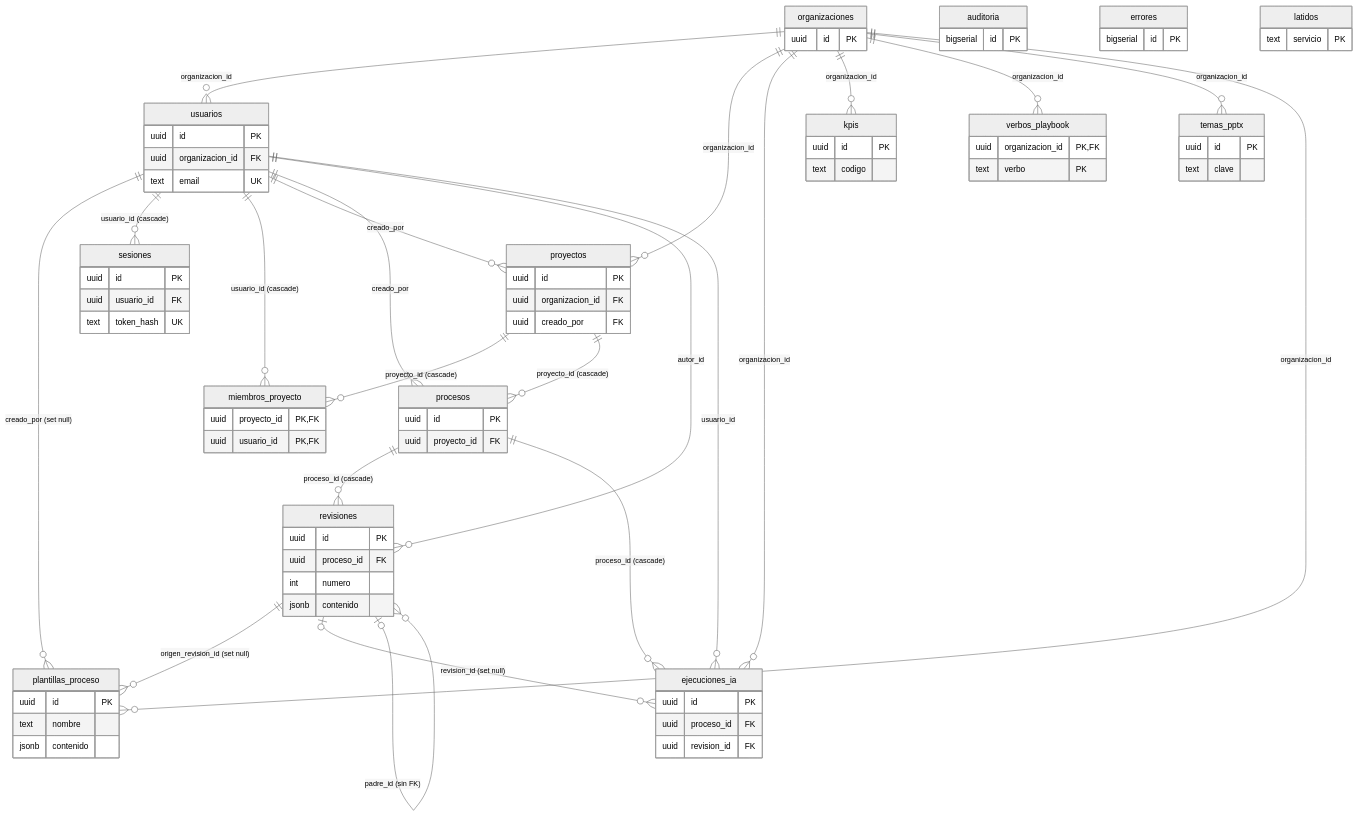
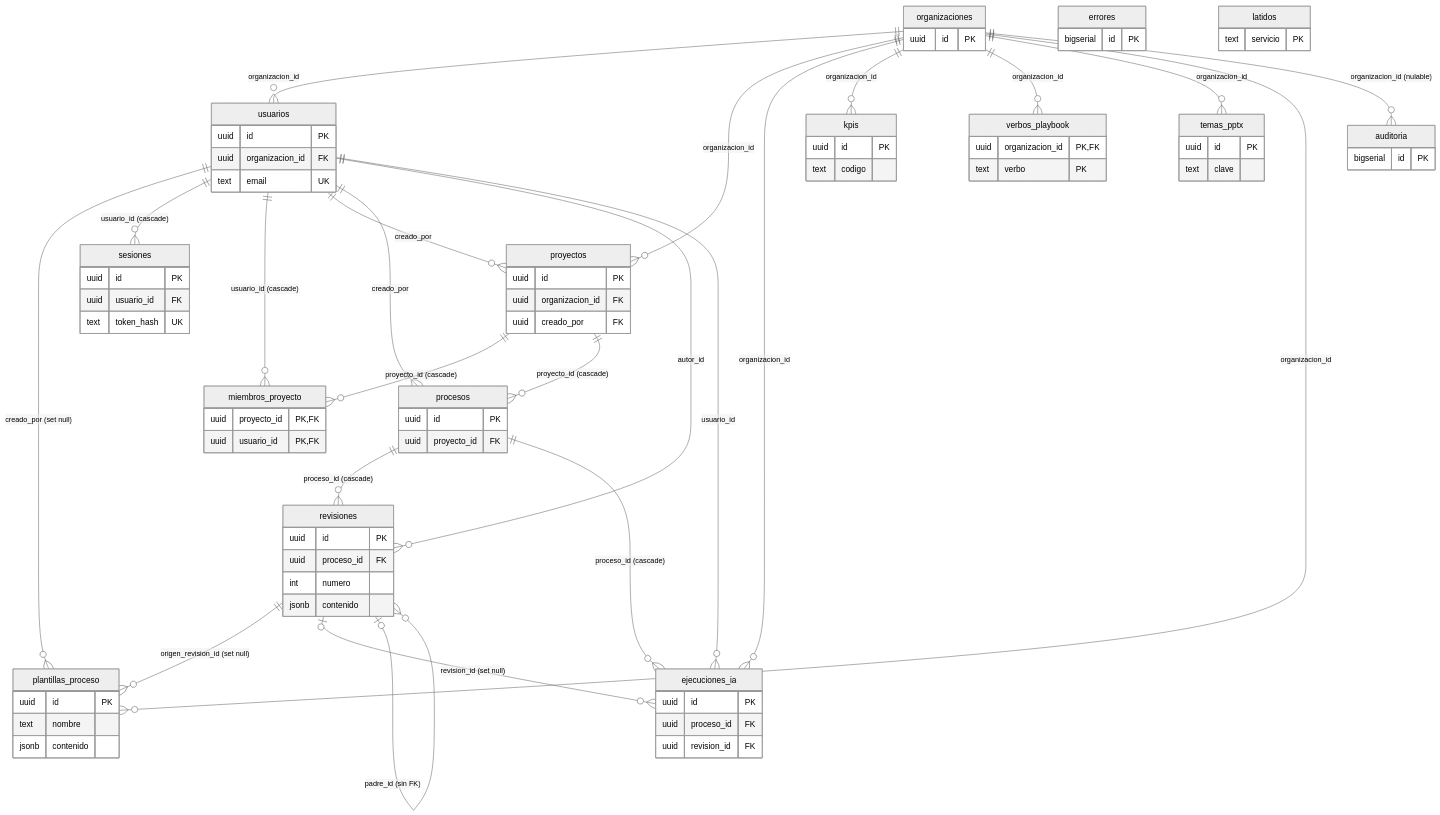
Before and after one commit to Alejandromsa/mbc_project: the diagram in docs/tecnica/modelo-de-datos.md, drawn with Mermaid (neutral theme). The commit also changed other lines of this file and 6 other files, not shown here.

```diff
--- a/docs/tecnica/modelo-de-datos.md
+++ b/docs/tecnica/modelo-de-datos.md
@@ -34,6 +34,7 @@
   organizaciones ||--o{ verbos_playbook : "organizacion_id"
   organizaciones ||--o{ temas_pptx : "organizacion_id"
   organizaciones ||--o{ plantillas_proceso : "organizacion_id"
+  organizaciones ||--o{ auditoria : "organizacion_id (nulable)"
   usuarios ||--o{ plantillas_proceso : "creado_por (set null)"
   revisiones ||--o{ plantillas_proceso : "origen_revision_id (set null)"
   usuarios ||--o{ sesiones : "usuario_id (cascade)"
```
